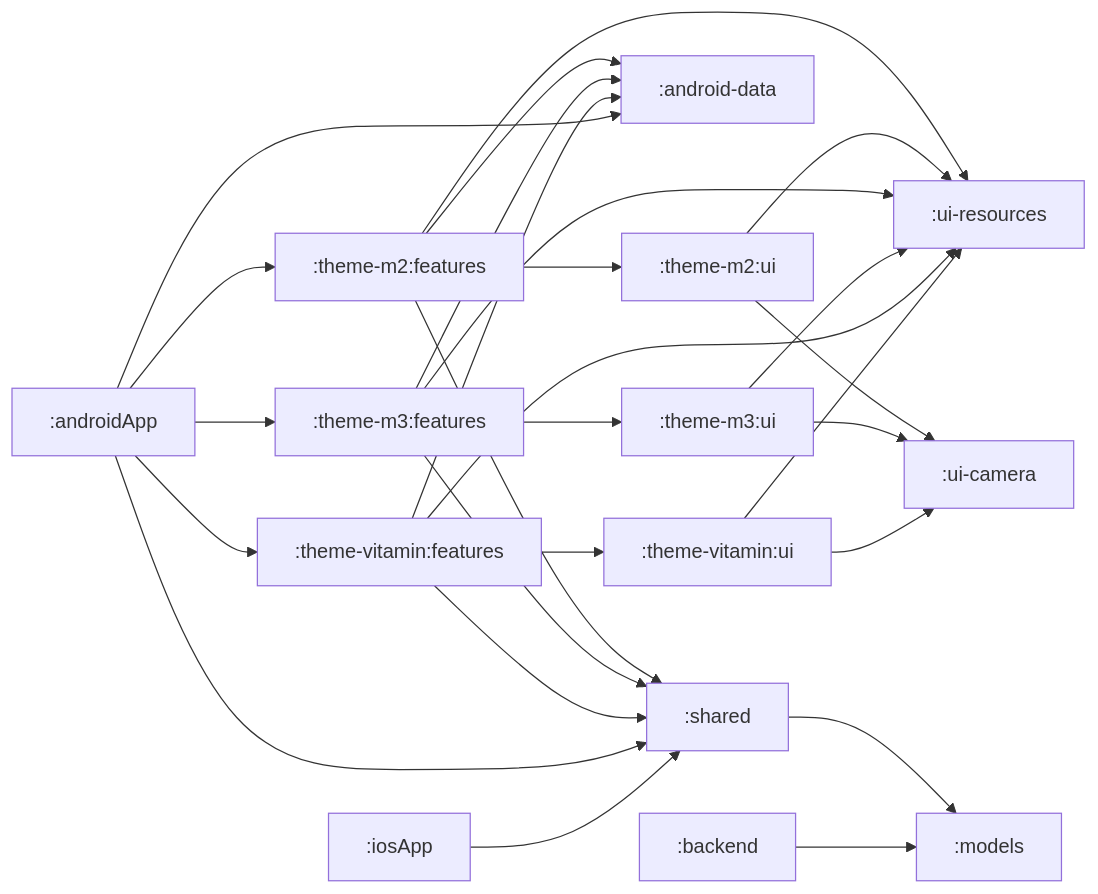
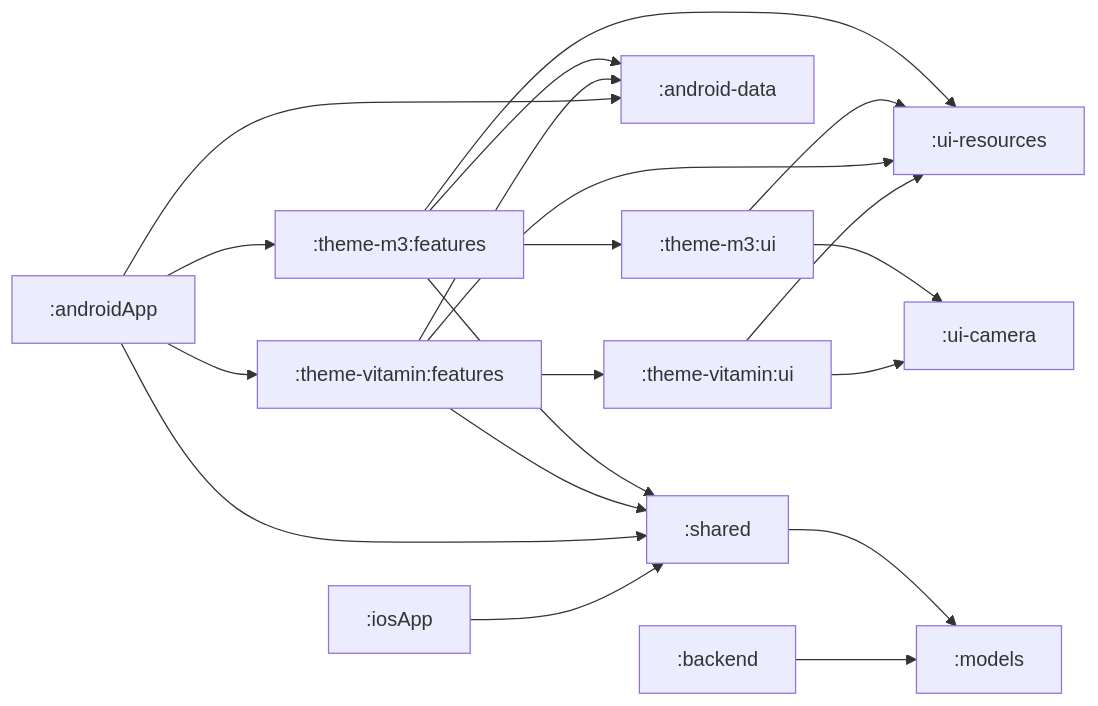
Before and after one commit to GerardPaligot/Confily: the diagram in README.md, drawn with Mermaid. The commit also changed 62 other files, not shown here.

````diff
--- a/README.md
+++ b/README.md
@@ -46,29 +46,22 @@
 ```mermaid
 flowchart LR
-    :androidApp --> :theme-m2:features
-    :theme-m2:features --> :theme-m2:ui
-    :theme-m2:features --> :ui-resources
-    :theme-m2:features --> :android-data
-    :theme-m2:features --> :shared
-    :theme-m2:ui --> :ui-resources
-    :theme-m2:ui --> :ui-camera
     :androidApp --> :theme-m3:features
     :theme-m3:features --> :theme-m3:ui
     :theme-m3:features --> :ui-resources
     :theme-m3:features --> :android-data
     :theme-m3:features --> :shared
     :theme-m3:ui --> :ui-resources
     :theme-m3:ui --> :ui-camera
     :androidApp --> :theme-vitamin:features
     :theme-vitamin:features --> :theme-vitamin:ui
     :theme-vitamin:features --> :ui-resources
     :theme-vitamin:features --> :android-data
     :theme-vitamin:features --> :shared
     :theme-vitamin:ui --> :ui-resources
     :theme-vitamin:ui --> :ui-camera
     :androidApp --> :android-data
     :androidApp --> :shared
     :iosApp --> :shared
     :shared --> :models
     :backend --> :models
 ```
````
